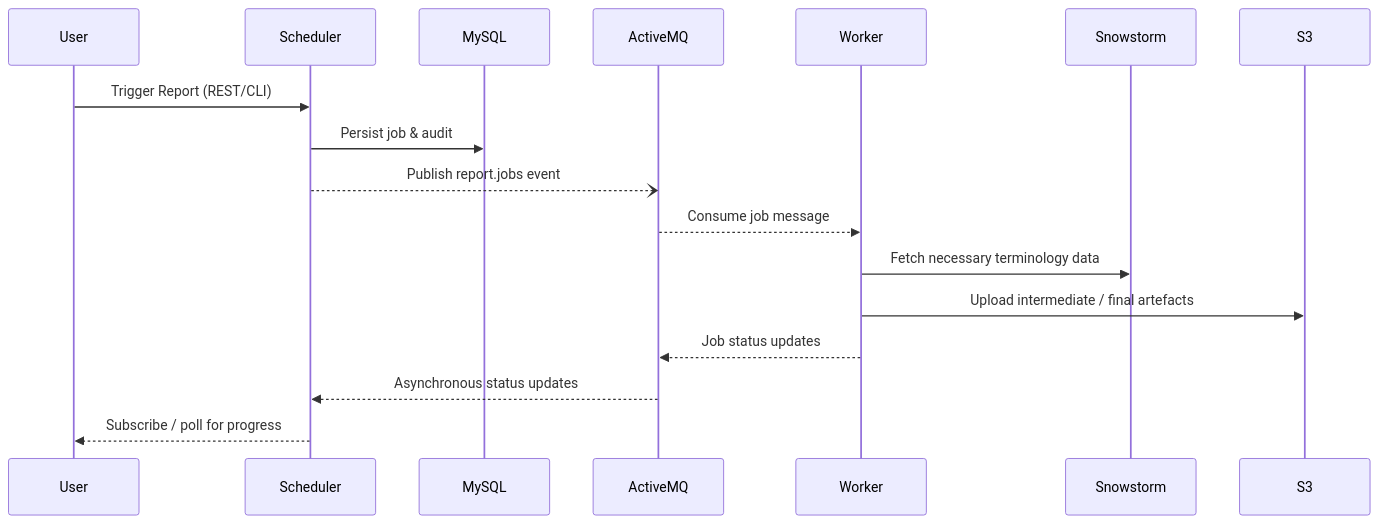
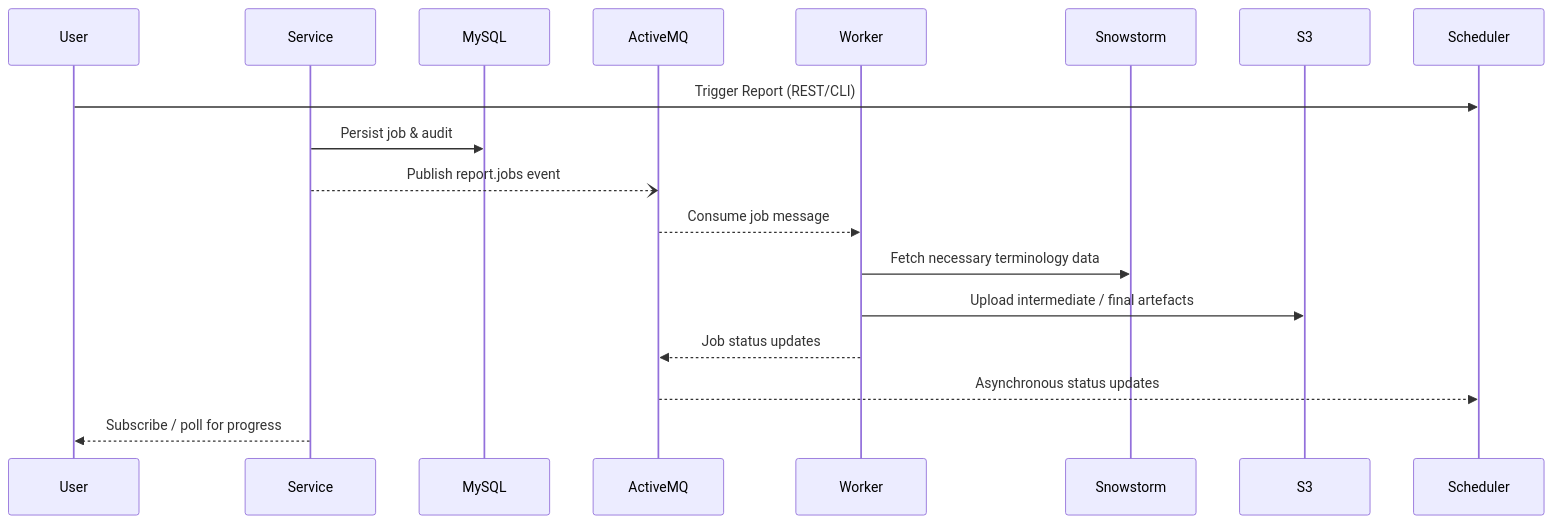
The second of 2 diagrams in README.md (IHTSDO/reporting-engine), drawn with Mermaid before and after one commit. The commit also changed other lines of this file and 59 other files, not shown here.

````diff
--- a/README.md
+++ b/README.md
@@ -35,19 +35,19 @@
 ```mermaid
 sequenceDiagram
     participant User
-    participant Scheduler
+    participant Service
     participant MySQL
     participant ActiveMQ
     participant Worker
     participant Snowstorm
     participant S3
     User->>Scheduler: Trigger Report (REST/CLI)
-    Scheduler->>MySQL: Persist job & audit
-    Scheduler--)ActiveMQ: Publish report.jobs event
+    Service->>MySQL: Persist job & audit
+    Service--)ActiveMQ: Publish report.jobs event
     ActiveMQ-->>Worker: Consume job message
     Worker->>Snowstorm: Fetch necessary terminology data
     Worker->>S3: Upload intermediate / final artefacts
     Worker-->>ActiveMQ: Job status updates
     ActiveMQ-->>Scheduler: Asynchronous status updates
-    Scheduler-->>User: Subscribe / poll for progress
+    Service-->>User: Subscribe / poll for progress
 ```
````
